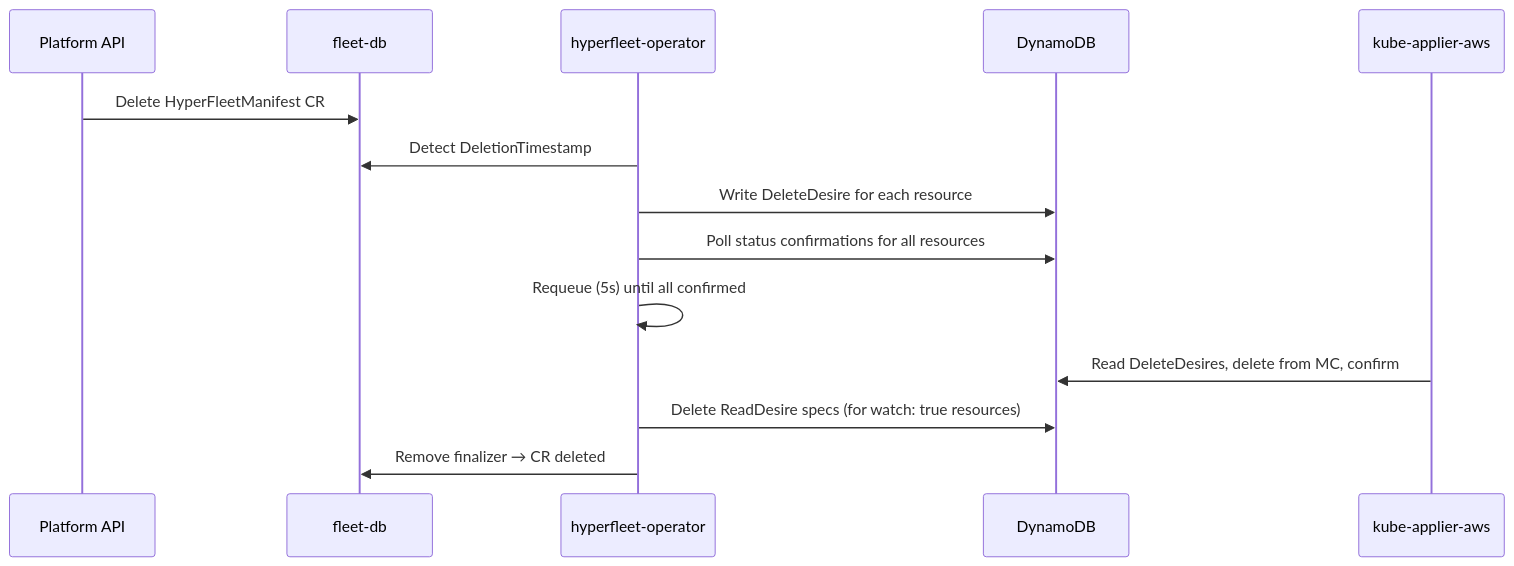
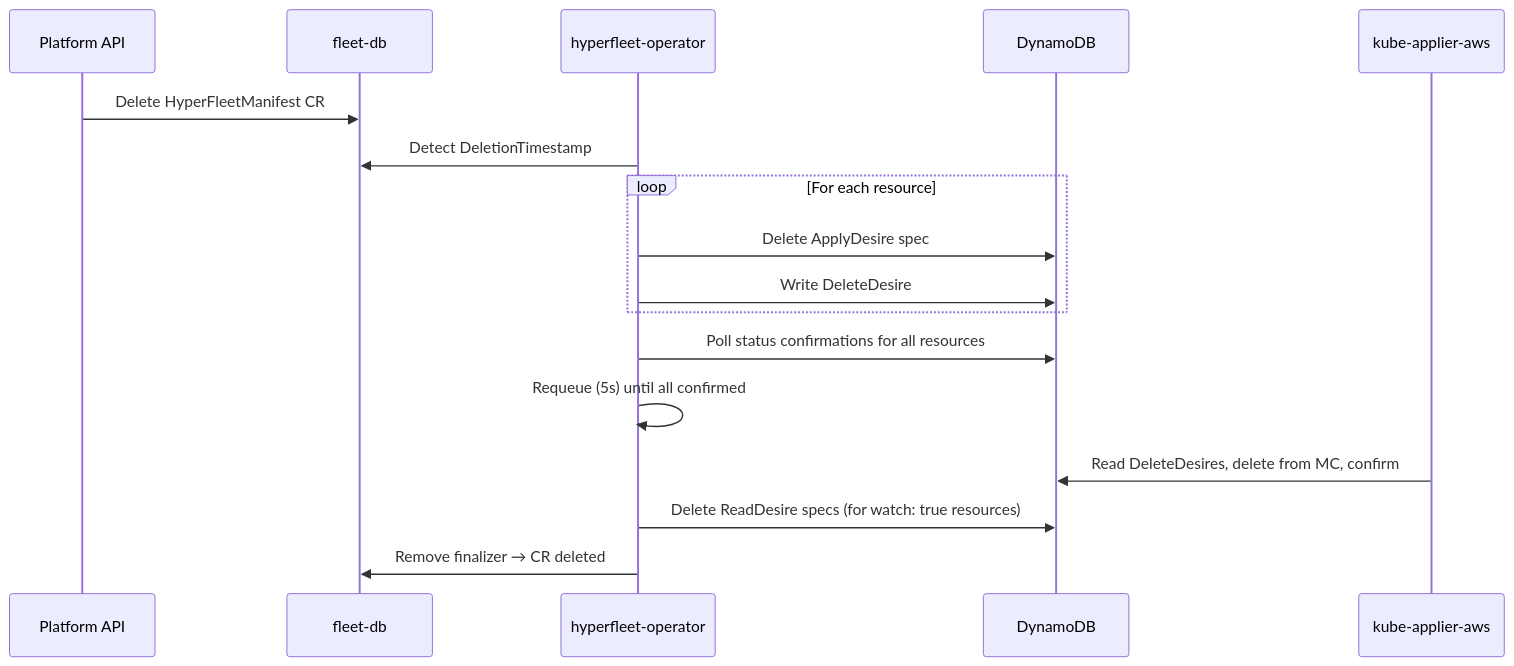
One commit to typeid/hyperfleet-operator changed the second of 2 diagrams in docs/manifest-controller.md. Above: the diagram before and after it, drawn with Mermaid. The commit also changed other lines of this file and 12 other files, not shown here.

First line of the commit message:
fix: clean up ApplyDesires before DeleteDesires and order cluster deletion

````diff
--- a/docs/manifest-controller.md
+++ b/docs/manifest-controller.md
@@ -42,17 +42,20 @@
 ```mermaid
 sequenceDiagram
     participant API as Platform API
     participant FDB as fleet-db
     participant Op as hyperfleet-operator
     participant DDB as DynamoDB
     participant KA as kube-applier-aws
 
     API->>FDB: Delete HyperFleetManifest CR
     Op->>FDB: Detect DeletionTimestamp
-    Op->>DDB: Write DeleteDesire for each resource
+    loop For each resource
+        Op->>DDB: Delete ApplyDesire spec
+        Op->>DDB: Write DeleteDesire
+    end
     Op->>DDB: Poll status confirmations for all resources
     Op->>Op: Requeue (5s) until all confirmed
     KA->>DDB: Read DeleteDesires, delete from MC, confirm
     Op->>DDB: Delete ReadDesire specs (for watch: true resources)
     Op->>FDB: Remove finalizer → CR deleted
 ```
````
